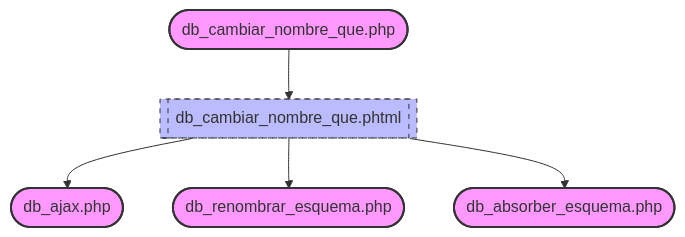
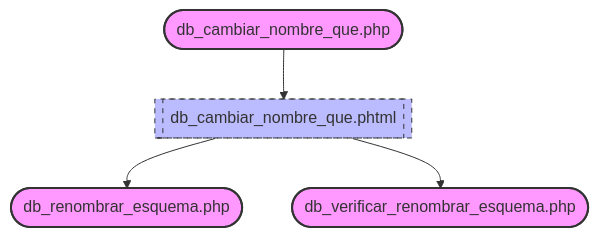
Before and after one commit to olvidio/orbix: the diagram in documentacion/Documentacion_Obix/devel/mapa_db_cambiar_nombre_que.md, drawn with Mermaid. The commit also changed 41 other files, not shown here.

Commit message:
cambiar nombre esquema

````diff
--- a/documentacion/Documentacion_Obix/devel/mapa_db_cambiar_nombre_que.md
+++ b/documentacion/Documentacion_Obix/devel/mapa_db_cambiar_nombre_que.md
@@ -1,14 +1,12 @@
 ```mermaid
 flowchart TD
     %% Estils de nodes
     classDef controller fill:#f9f,stroke:#333,stroke-width:2px;
     classDef vista fill:#bbf,stroke:#333,stroke-width:1px,stroke-dasharray: 5 5;
     classDef error fill:#ff9999,stroke:#cc0000,stroke-width:2px;
 
     frontend_devel_db_admin_controller_db_cambiar_nombre_que_php(["db_cambiar_nombre_que.php"]):::controller --> frontend_devel_db_admin_view_db_cambiar_nombre_que_phtml[["db_cambiar_nombre_que.phtml"]]:::vista
-    frontend_devel_db_admin_view_db_cambiar_nombre_que_phtml --> frontend_devel_db_admin_controller_db_ajax_php(["db_ajax.php"]):::controller
     frontend_devel_db_admin_view_db_cambiar_nombre_que_phtml --> frontend_devel_db_admin_controller_db_renombrar_esquema_php(["db_renombrar_esquema.php"]):::controller
-    frontend_devel_db_admin_view_db_cambiar_nombre_que_phtml --> frontend_devel_db_admin_controller_db_absorber_esquema_php(["db_absorber_esquema.php"]):::controller
+    frontend_devel_db_admin_view_db_cambiar_nombre_que_phtml --> frontend_devel_db_admin_controller_db_verificar_renombrar_esquema_php(["db_verificar_renombrar_esquema.php"]):::controller
     %% DESTÍ NO RESOLT des de frontend_devel_db_admin_view_db_cambiar_nombre_que_phtml: $oHash->getCamposHtml(); [DESTÍ NO RESOLT]
-    %% DESTÍ NO RESOLT des de frontend_devel_db_admin_view_db_cambiar_nombre_que_phtml: $oHashAbsorber->getCamposHtml(); [DESTÍ NO RESOLT]
 ```
````
